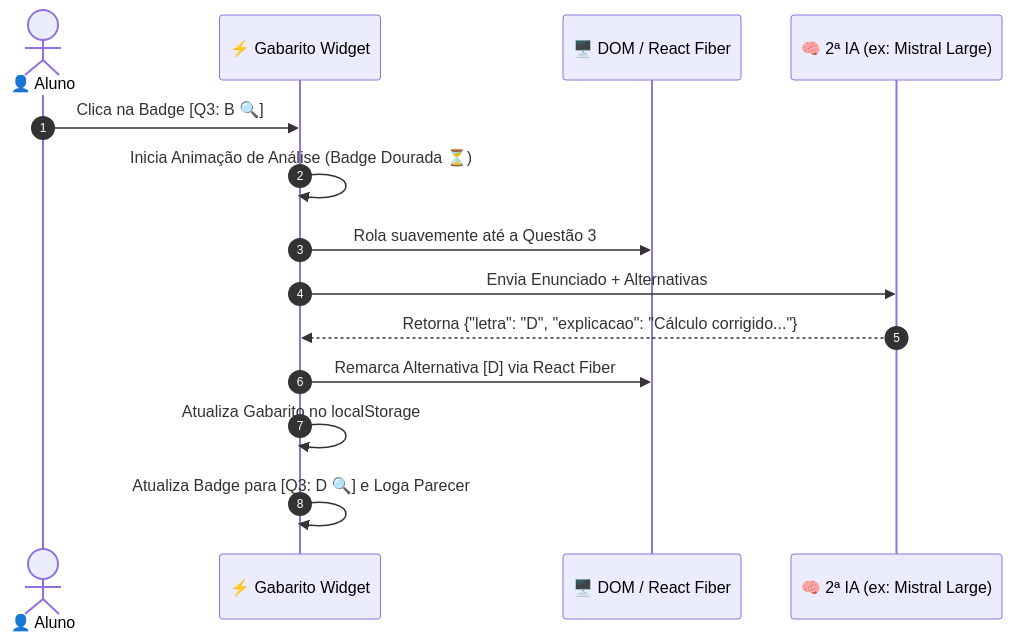
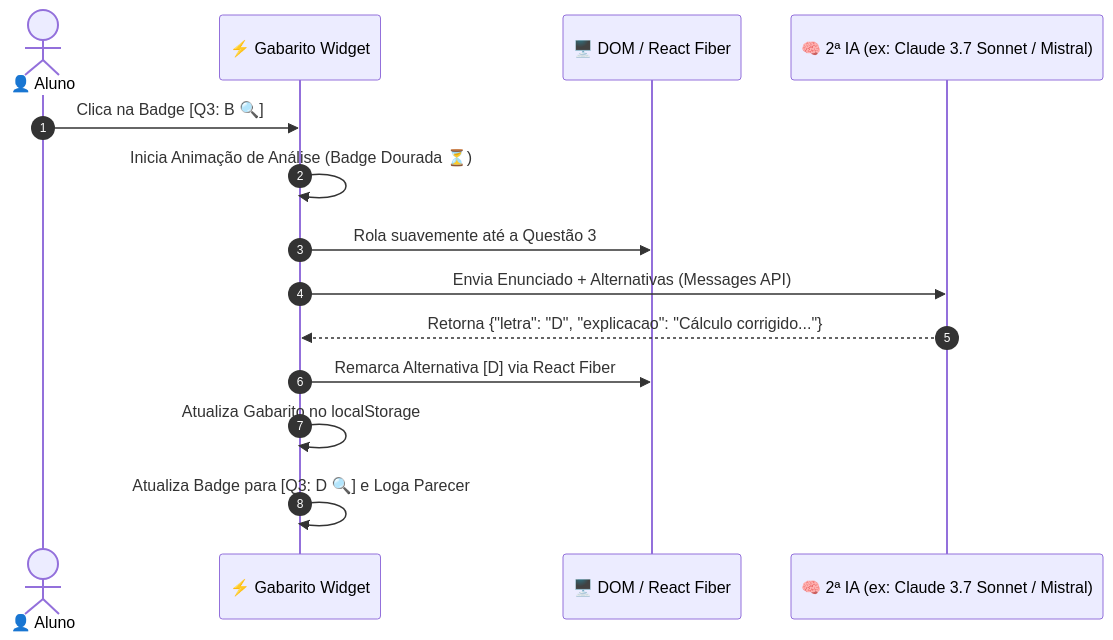
The second of 4 diagrams in README.md (m3coder/estragacio), drawn with Mermaid before and after one commit. The commit also changed other lines of this file and 8 other files, not shown here.

Commit message:
feat: add full support for Anthropic Claude (3.7 Sonnet, 3.5 Sonnet, 3.5 Haiku) with Messages API

````diff
--- a/README.md
+++ b/README.md
@@ -89,17 +89,17 @@
 ```mermaid
 sequenceDiagram
     autonumber
     actor Aluno as 👤 Aluno
     participant Widget as ⚡ Gabarito Widget
     participant DOM as 🖥️ DOM / React Fiber
-    participant AI2 as 🧠 2ª IA (ex: Mistral Large)
+    participant AI2 as 🧠 2ª IA (ex: Claude 3.7 Sonnet / Mistral)
 
     Aluno->>Widget: Clica na Badge [Q3: B 🔍]
     Widget->>Widget: Inicia Animação de Análise (Badge Dourada ⏳)
     Widget->>DOM: Rola suavemente até a Questão 3
-    Widget->>AI2: Envia Enunciado + Alternativas
+    Widget->>AI2: Envia Enunciado + Alternativas (Messages API)
     AI2-->>Widget: Retorna {"letra": "D", "explicacao": "Cálculo corrigido..."}
     Widget->>DOM: Remarca Alternativa [D] via React Fiber
     Widget->>Widget: Atualiza Gabarito no localStorage
     Widget->>Widget: Atualiza Badge para [Q3: D 🔍] e Loga Parecer
 ```
````
